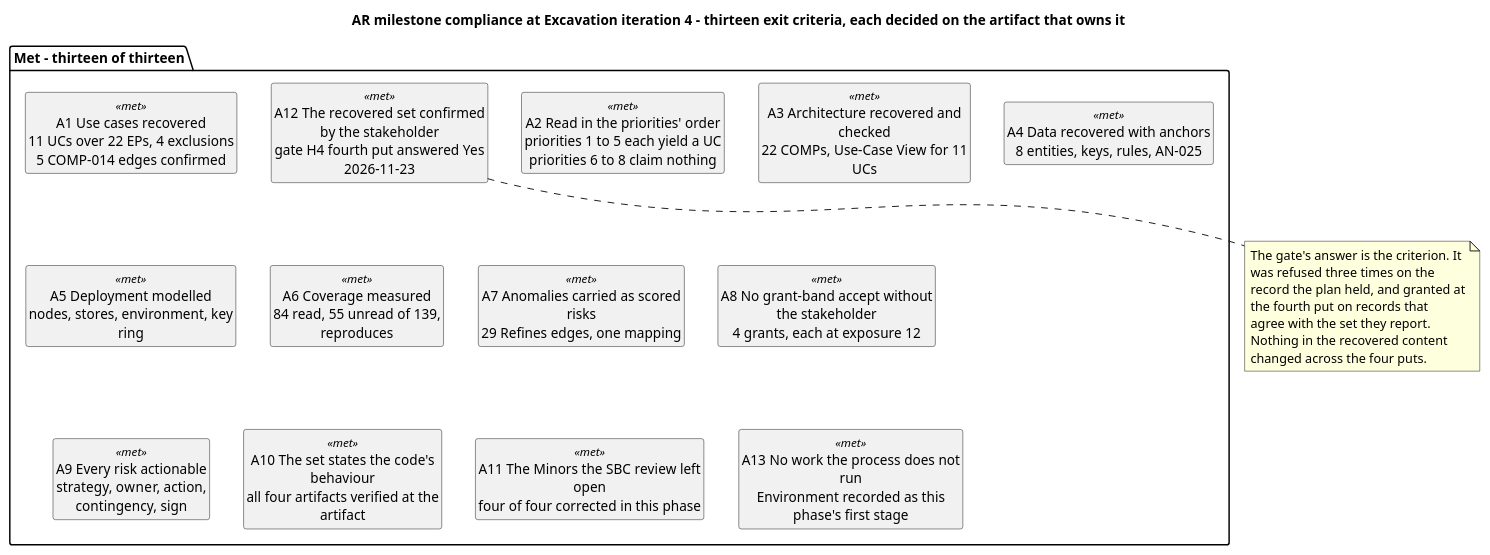
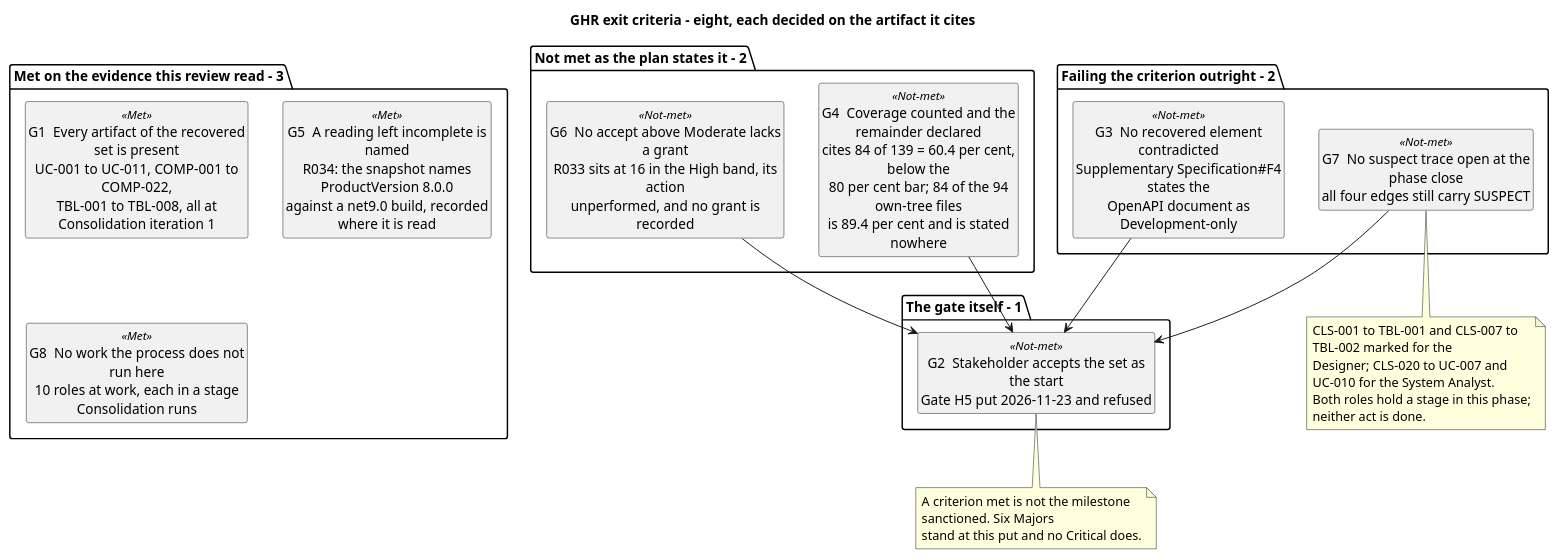
Before and after one commit to banense-test/TodoApp: the first of 10 diagrams in docs/artifacts/project-management/review-record.md, drawn with PlantUML. The commit also changed other lines of this file, not shown here.

First line of the commit message:
Management Reviewer [Consolidation1]: upsert Review Record

````diff
--- a/docs/artifacts/project-management/review-record.md
+++ b/docs/artifacts/project-management/review-record.md
@@ -85,31 +77,46 @@
 ```plantuml
 @startuml
-title AR milestone compliance at Excavation iteration 4 - thirteen exit criteria, each decided on the artifact that owns it
+title GHR exit criteria - eight, each decided on the artifact it cites
 skinparam shadowing false
-skinparam wrapWidth 235
+skinparam classAttributeIconSize 0
+skinparam wrapWidth 240
 hide circle
 hide empty members
 
-package "Met - thirteen of thirteen" {
-  class "A1 Use cases recovered\n11 UCs over 22 EPs, 4 exclusions\n5 COMP-014 edges confirmed" as A1 <<met>>
-  class "A2 Read in the priorities' order\npriorities 1 to 5 each yield a UC\npriorities 6 to 8 claim nothing" as A2 <<met>>
-  class "A3 Architecture recovered and checked\n22 COMPs, Use-Case View for 11 UCs" as A3 <<met>>
-  class "A4 Data recovered with anchors\n8 entities, keys, rules, AN-025" as A4 <<met>>
-  class "A5 Deployment modelled\nnodes, stores, environment, key ring" as A5 <<met>>
-  class "A6 Coverage measured\n84 read, 55 unread of 139, reproduces" as A6 <<met>>
-  class "A7 Anomalies carried as scored risks\n29 Refines edges, one mapping" as A7 <<met>>
-  class "A8 No grant-band accept without the stakeholder\n4 grants, each at exposure 12" as A8 <<met>>
-  class "A9 Every risk actionable\nstrategy, owner, action, contingency, sign" as A9 <<met>>
-  class "A10 The set states the code's behaviour\nall four artifacts verified at the artifact" as A10 <<met>>
-  class "A11 The Minors the SBC review left open\nfour of four corrected in this phase" as A11 <<met>>
-  class "A12 The recovered set confirmed by the stakeholder\ngate H4 fourth put answered Yes 2026-11-23" as A12 <<met>>
-  class "A13 No work the process does not run\nEnvironment recorded as this phase's first stage" as A13 <<met>>
+package "Met on the evidence this review read - 3" {
+  class "G1  Every artifact of the recovered set is present\nUC-001 to UC-011, COMP-001 to COMP-022,\nTBL-001 to TBL-008, all at Consolidation iteration 1" as G1 <<Met>>
+  class "G5  A reading left incomplete is named\nR034: the snapshot names ProductVersion 8.0.0\nagainst a net9.0 build, recorded where it is read" as G5 <<Met>>
+  class "G8  No work the process does not run here\n10 roles at work, each in a stage Consolidation runs" as G8 <<Met>>
 }
-note bottom of A12
-  The gate's answer is the criterion. It was refused three times on the
-  record the plan held, and granted at the fourth put on records that
-  agree with the set they report. Nothing in the recovered content
-  changed across the four puts.
+
+package "Not met as the plan states it - 2" {
+  class "G4  Coverage counted and the remainder declared\ncites 84 of 139 = 60.4 per cent, below the\n80 per cent bar; 84 of the 94 own-tree files\nis 89.4 per cent and is stated nowhere" as G4 <<Not-met>>
+  class "G6  No accept above Moderate lacks a grant\nR033 sits at 16 in the High band, its action\nunperformed, and no grant is recorded" as G6 <<Not-met>>
+}
+
+package "Failing the criterion outright - 2" {
+  class "G3  No recovered element contradicted\nSupplementary Specification#F4 states the\nOpenAPI document as Development-only" as G3 <<Not-met>>
+  class "G7  No suspect trace open at the phase close\nall four edges still carry SUSPECT" as G7 <<Not-met>>
+}
+
+package "The gate itself - 1" {
+  class "G2  Stakeholder accepts the set as the start\nGate H5 put 2026-11-23 and refused" as G2 <<Not-met>>
+}
+
+G4 --> G2
+G6 --> G2
+G3 --> G2
+G7 --> G2
+
+note bottom of G2
+  A criterion met is not the milestone sanctioned. Six Majors
+  stand at this put and no Critical does.
 end note
+note bottom of G7
+  CLS-001 to TBL-001 and CLS-007 to TBL-002 marked for the
+  Designer; CLS-020 to UC-007 and UC-010 for the System Analyst.
+  Both roles hold a stage in this phase; neither act is done.
+end note
+
 @enduml
 ```
````
